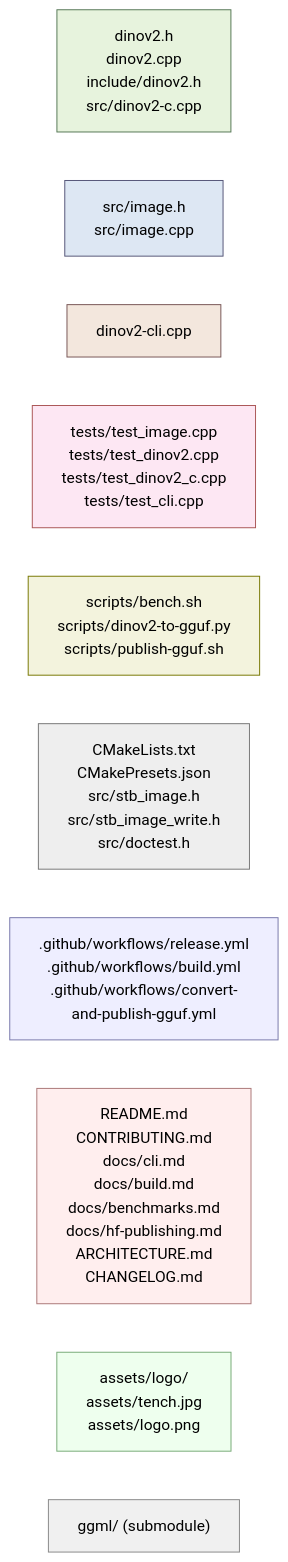
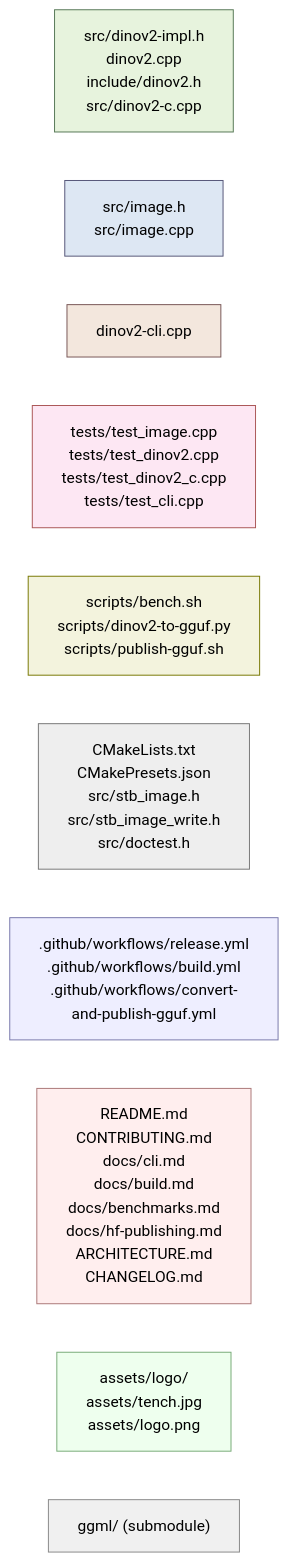
Before and after one commit to espetro/dinov2.cpp: the second of 4 diagrams in ARCHITECTURE.md, drawn with Mermaid. The commit also changed other lines of this file and 8 other files, not shown here.

First line of the commit message:
refactor: move internal header to src/dinov2-impl.h

````diff
--- a/ARCHITECTURE.md
+++ b/ARCHITECTURE.md
@@ -60,35 +61,35 @@
 ```mermaid
 graph LR
     classDef core  fill:#e7f3dd,stroke:#575,color:#000;
     classDef lib   fill:#dde7f3,stroke:#557,color:#000;
     classDef cli   fill:#f3e7dd,stroke:#755,color:#000;
     classDef test  fill:#fde7f3,stroke:#a55,color:#000;
     classDef tool  fill:#f3f3dd,stroke:#770,color:#000;
     classDef build fill:#eee,stroke:#777,color:#000;
     classDef ci    fill:#eef,stroke:#77a,color:#000;
     classDef doc   fill:#fee,stroke:#a77,color:#000;
     classDef asset fill:#efe,stroke:#7a7,color:#000;
     classDef sub   fill:#f0f0f0,stroke:#888,color:#000;
 
-    Core["dinov2.h<br/>dinov2.cpp<br/>include/dinov2.h<br/>src/dinov2-c.cpp"]
+    Core["src/dinov2-impl.h<br/>dinov2.cpp<br/>include/dinov2.h<br/>src/dinov2-c.cpp"]
     Lib["src/image.h<br/>src/image.cpp"]
     CLI["dinov2-cli.cpp"]
     Test["tests/test_image.cpp<br/>tests/test_dinov2.cpp<br/>tests/test_dinov2_c.cpp<br/>tests/test_cli.cpp"]
     Tool["scripts/bench.sh<br/>scripts/dinov2-to-gguf.py<br/>scripts/publish-gguf.sh"]
     Build["CMakeLists.txt<br/>CMakePresets.json<br/>src/stb_image.h<br/>src/stb_image_write.h<br/>src/doctest.h"]
     CI[".github/workflows/release.yml<br/>.github/workflows/build.yml<br/>.github/workflows/convert-and-publish-gguf.yml"]
     Doc["README.md<br/>CONTRIBUTING.md<br/>docs/cli.md<br/>docs/build.md<br/>docs/benchmarks.md<br/>docs/hf-publishing.md<br/>ARCHITECTURE.md<br/>CHANGELOG.md"]
     Asset["assets/logo/<br/>assets/tench.jpg<br/>assets/logo.png"]
     Sub["ggml/ (submodule)"]
 
     class Core core
     class Lib lib
     class CLI cli
     class Test test
     class Tool tool
     class Build build
     class CI ci
     class Doc doc
     class Asset asset
     class Sub sub
 ```
````
